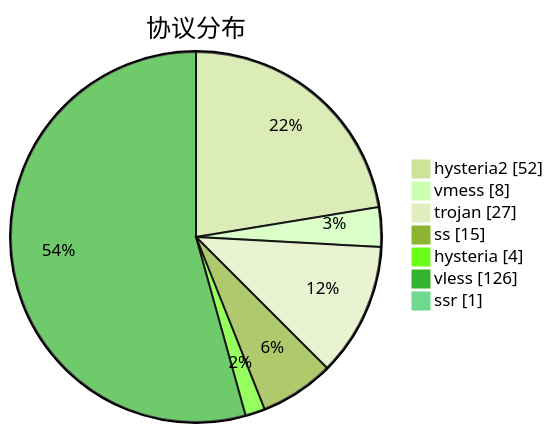
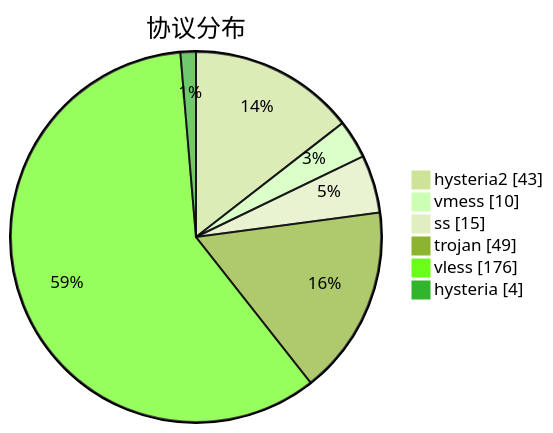
One commit to sinspired/airport changed the third of 3 diagrams in subs/statistics/tested_within.md. Above: the diagram before and after it, drawn with Mermaid (forest theme). The commit also changed other lines of this file and 2 other files, not shown here.

````diff
--- a/subs/statistics/tested_within.md
+++ b/subs/statistics/tested_within.md
@@ -35,11 +35,10 @@
 ```mermaid
 pie showData
 title 协议分布
-"hysteria2" : 52
-"vmess" : 8
-"trojan" : 27
+"hysteria2" : 43
+"vmess" : 10
 "ss" : 15
+"trojan" : 49
+"vless" : 176
 "hysteria" : 4
-"vless" : 126
-"ssr" : 1
 ```
````
